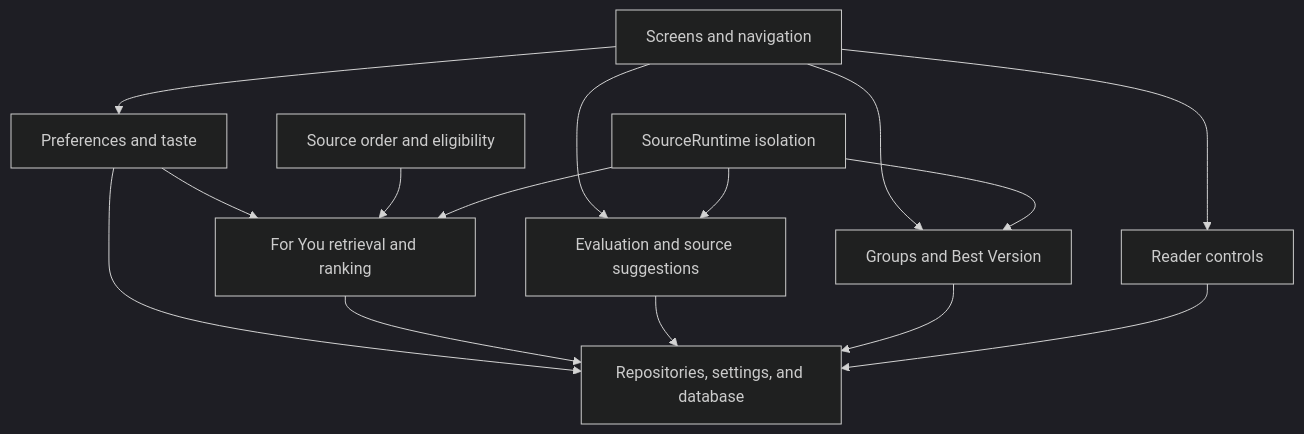
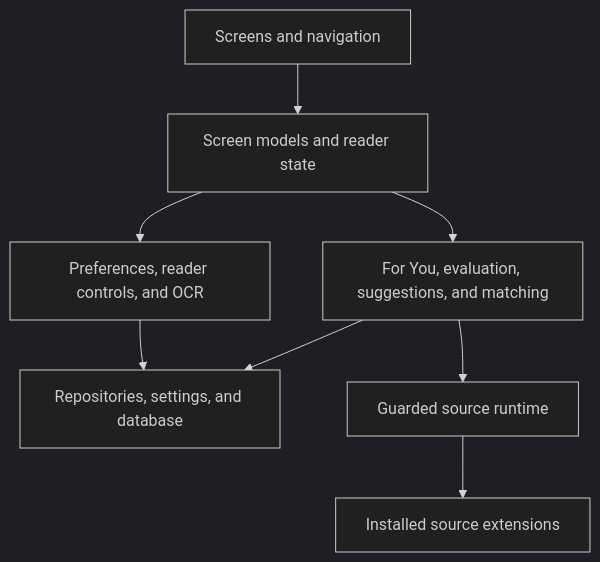
Before and after one commit to FancyCorey/komikku-KMK: the second of 5 diagrams in docs/kmk/diagrams/system.md, drawn with Mermaid (dark theme). The commit also changed other lines of this file and 4 other files, not shown here.

Commit message:
Simplify public architecture diagrams

````diff
--- a/docs/kmk/diagrams/system.md
+++ b/docs/kmk/diagrams/system.md
@@ -20,17 +20,10 @@
 ```mermaid
 flowchart TD
-    UI["Screens and navigation"] --> Taste["Preferences and taste"]
-    UI --> Evaluation["Evaluation and source suggestions"]
-    UI --> Matching["Groups and Best Version"]
-    UI --> Reader["Reader controls"]
-    Taste --> Retrieval["For You retrieval and ranking"]
-    SourcePolicy["Source order and eligibility"] --> Retrieval
-    Runtime["SourceRuntime isolation"] --> Retrieval
-    Runtime --> Evaluation
-    Runtime --> Matching
-    Taste --> Persistence["Repositories, settings, and database"]
-    Retrieval --> Persistence
-    Evaluation --> Persistence
-    Matching --> Persistence
-    Reader --> Persistence
+    UI["Screens and navigation"] --> Owners["Screen models and reader state"]
+    Owners --> Local["Preferences, reader controls, and OCR"]
+    Owners --> SourceWork["For You, evaluation, suggestions, and matching"]
+    Local --> Persistence["Repositories, settings, and database"]
+    SourceWork --> Runtime["Guarded source runtime"]
+    Runtime --> Extensions["Installed source extensions"]
+    SourceWork --> Persistence
 ```
````
